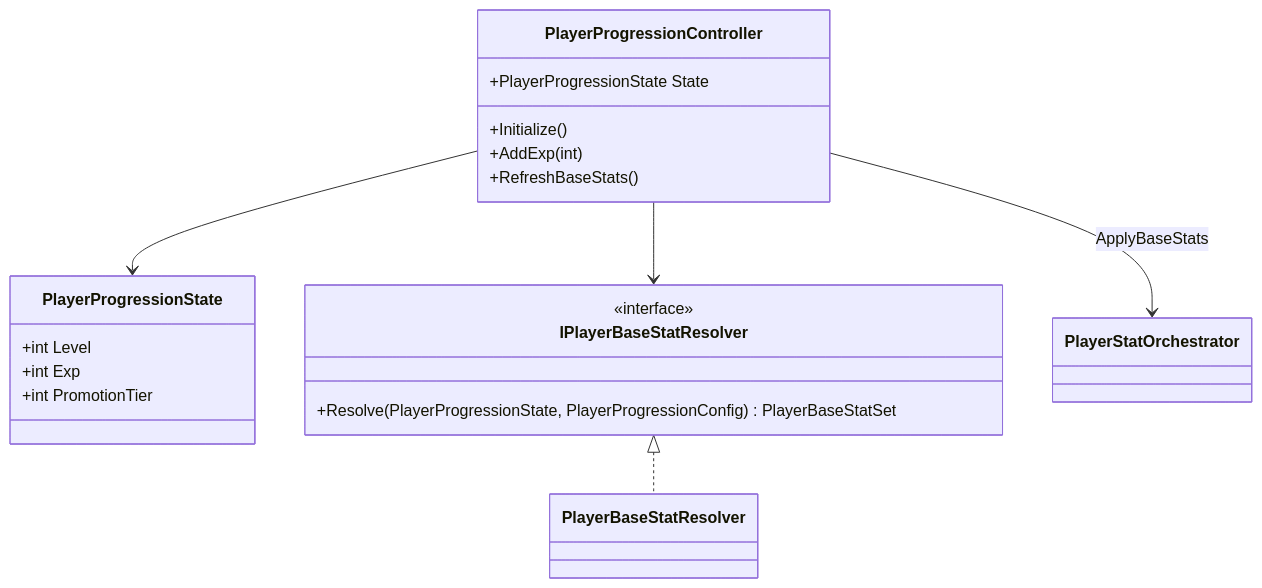
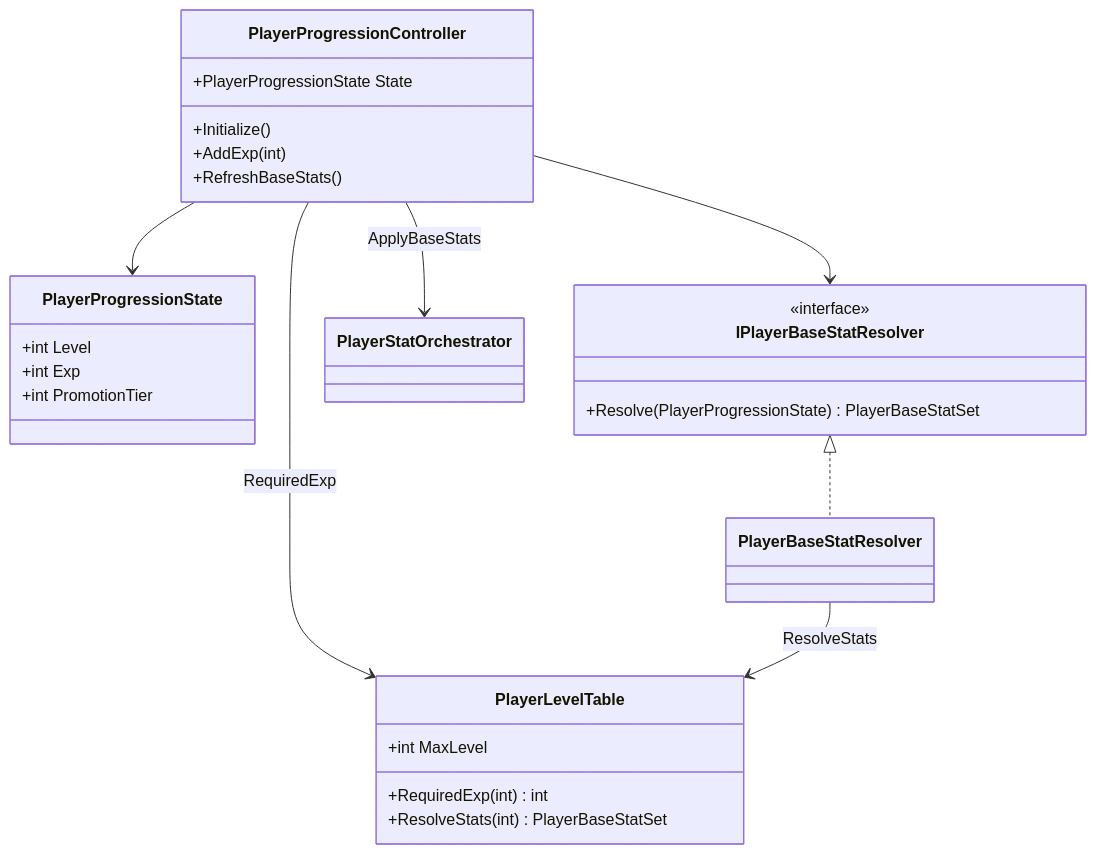
One commit to hanwoolhanwool/Idle-Game changed the first of 3 diagrams in docs/specs/player/progression.md. Above: the diagram before and after it, drawn with Mermaid. The commit also changed other lines of this file and 3 other files, not shown here.

````diff
--- a/docs/specs/player/progression.md
+++ b/docs/specs/player/progression.md
@@ -42,23 +46,30 @@
 ```mermaid
 classDiagram
     class PlayerProgressionController {
         +PlayerProgressionState State
         +Initialize()
         +AddExp(int)
         +RefreshBaseStats()
     }
     class PlayerProgressionState {
         +int Level
         +int Exp
         +int PromotionTier
     }
     class IPlayerBaseStatResolver {
         <<interface>>
-        +Resolve(PlayerProgressionState, PlayerProgressionConfig) PlayerBaseStatSet
+        +Resolve(PlayerProgressionState) PlayerBaseStatSet
+    }
+    class PlayerLevelTable {
+        +int MaxLevel
+        +RequiredExp(int) int
+        +ResolveStats(int) PlayerBaseStatSet
     }
 
     PlayerProgressionController --> PlayerProgressionState
+    PlayerProgressionController --> PlayerLevelTable : RequiredExp
     PlayerProgressionController --> IPlayerBaseStatResolver
     PlayerProgressionController --> PlayerStatOrchestrator : ApplyBaseStats
     IPlayerBaseStatResolver <|.. PlayerBaseStatResolver
+    PlayerBaseStatResolver --> PlayerLevelTable : ResolveStats
 ```
````
